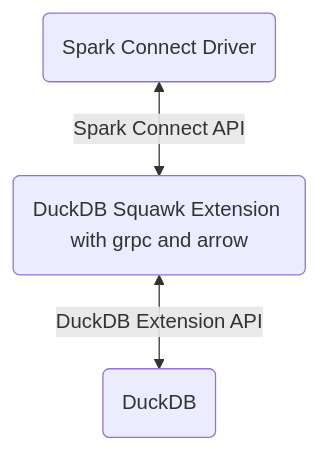
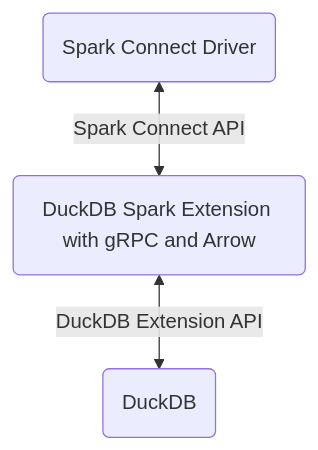
Before and after one commit to Giangblackk/duckdb-spark-connect-extension: the first of 3 diagrams in README.md, drawn with Mermaid. The commit also changed 47 other files, not shown here.

First line of the commit message:
import spark protobuf and develop first features - list catalog/schema/tables (#3)

````diff
--- a/README.md
+++ b/README.md
@@ -8,9 +8,9 @@
 ```mermaid
 flowchart TD
 
 spark_connect(Spark Connect Driver)
-duckdb_ext(DuckDB Squawk Extension with grpc and arrow)
+duckdb_ext(DuckDB Spark Extension with gRPC and Arrow)
 duckdb(DuckDB)
 
 spark_connect <-- Spark Connect API --> duckdb_ext <-- DuckDB Extension API --> duckdb
 ```
````
